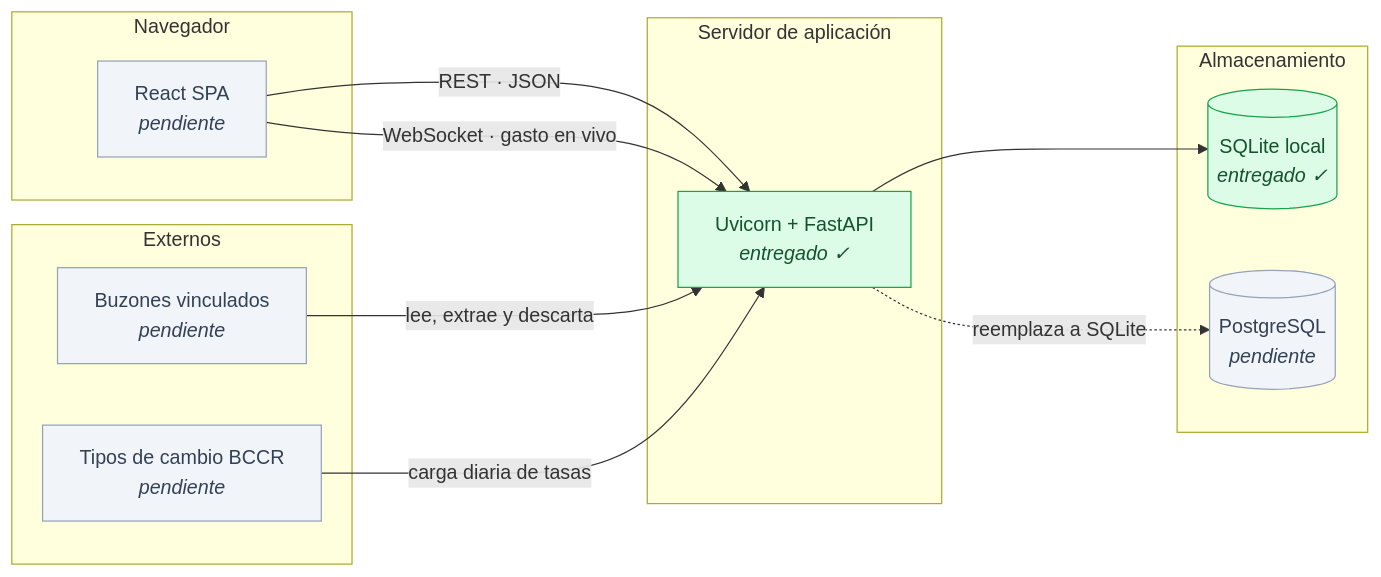
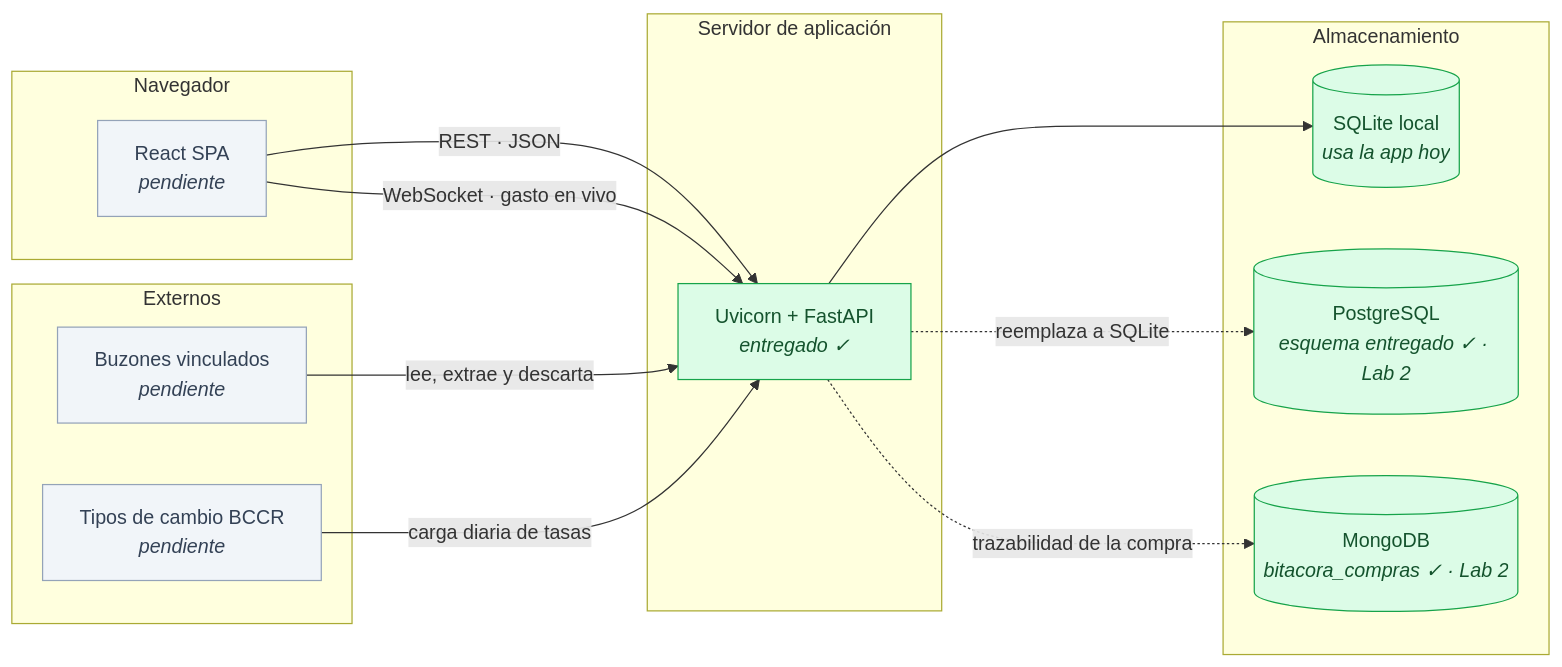
One commit to LewMontes/Proyecto-EIF509 changed the fourth of 4 diagrams in docs/arquitectura.md. Above: the diagram before and after it, drawn with Mermaid. The commit also changed other lines of this file and 3 other files, not shown here.

````diff
--- a/docs/arquitectura.md
+++ b/docs/arquitectura.md
@@ -310,32 +315,34 @@
 ```mermaid
 flowchart LR
     subgraph Nav["Navegador"]
         React["React SPA<br/><i>pendiente</i>"]
     end
 
     subgraph Servidor["Servidor de aplicación"]
         Uvicorn["Uvicorn + FastAPI<br/><i>entregado ✓</i>"]
     end
 
     subgraph Datos["Almacenamiento"]
-        SQLite[("SQLite local<br/><i>entregado ✓</i>")]
-        PG[("PostgreSQL<br/><i>pendiente</i>")]
+        SQLite[("SQLite local<br/><i>usa la app hoy</i>")]
+        PG[("PostgreSQL<br/><i>esquema entregado ✓ · Lab 2</i>")]
+        Mongo[("MongoDB<br/><i>bitacora_compras ✓ · Lab 2</i>")]
     end
 
     subgraph Ext["Externos"]
         Correo["Buzones vinculados<br/><i>pendiente</i>"]
         BCCR["Tipos de cambio BCCR<br/><i>pendiente</i>"]
     end
 
     React -->|REST · JSON| Uvicorn
     React -->|WebSocket · gasto en vivo| Uvicorn
     Uvicorn --> SQLite
     Uvicorn -.->|reemplaza a SQLite| PG
+    Uvicorn -.->|trazabilidad de la compra| Mongo
     Correo -->|lee, extrae y descarta| Uvicorn
     BCCR -->|carga diaria de tasas| Uvicorn
 
     classDef hecho fill:#DCFCE7,stroke:#16A34A,color:#14532D
     classDef futuro fill:#F1F5F9,stroke:#94A3B8,color:#334155
-    class Uvicorn,SQLite hecho
-    class React,PG,Correo,BCCR futuro
+    class Uvicorn,SQLite,PG,Mongo hecho
+    class React,Correo,BCCR futuro
 ```
````
